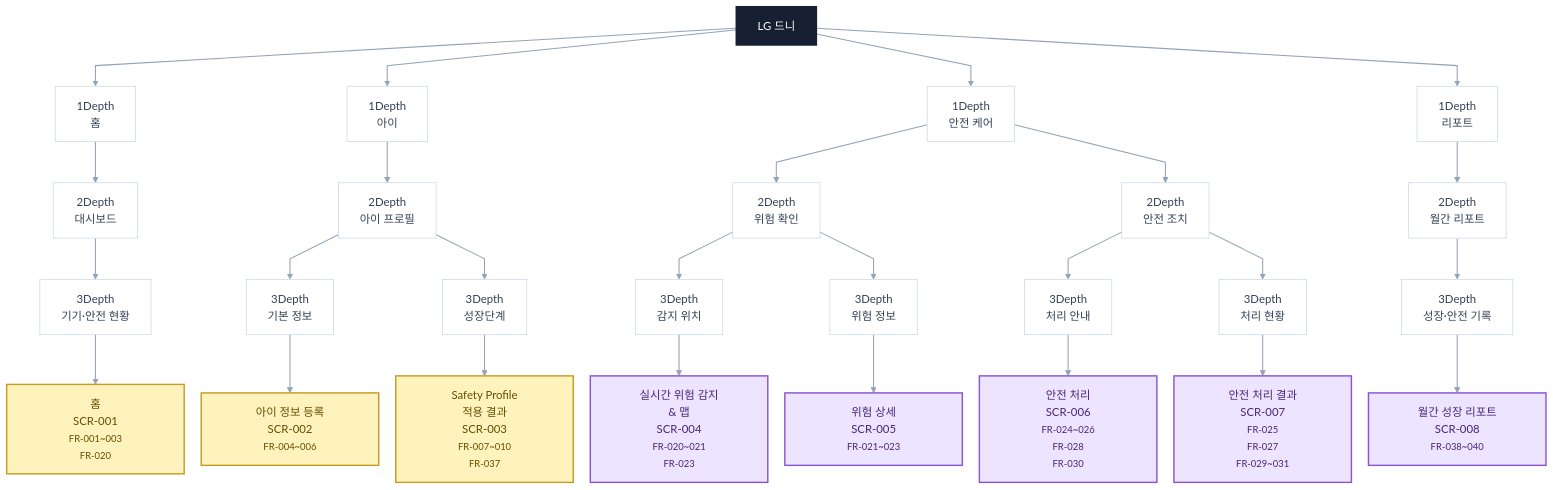
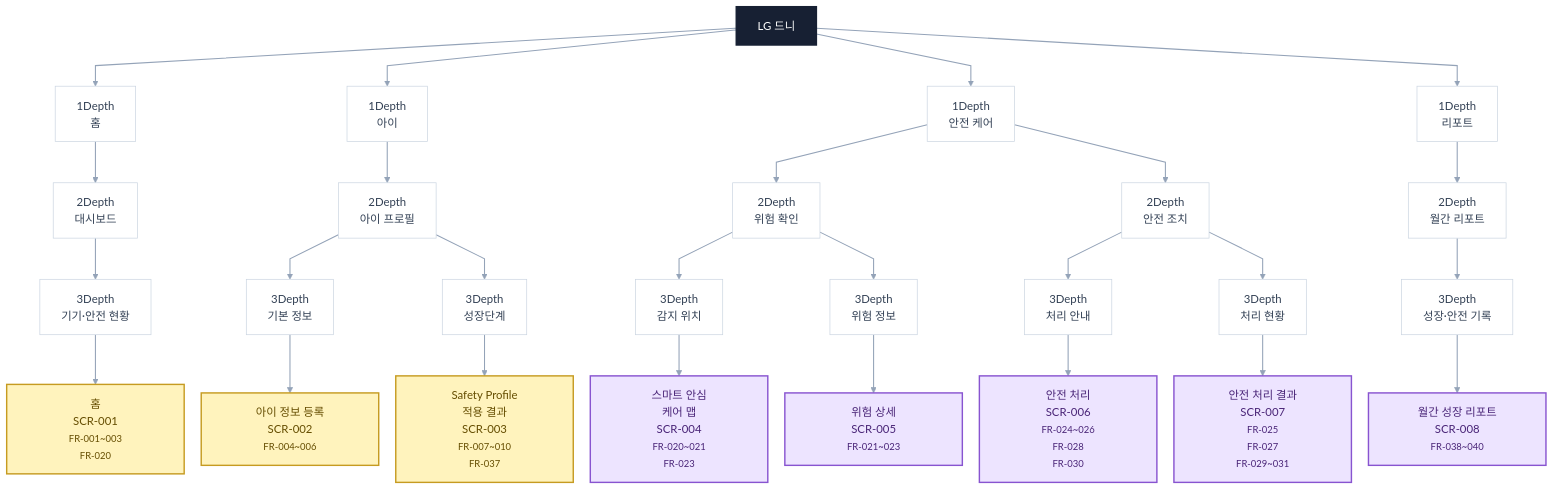
One commit to suim3690-hash/deni changed the diagram in docs/v1/메뉴구조도다이어그램/01_MVP_메뉴구조도.mmd. Above: the diagram before and after it, drawn with Mermaid. The commit also changed 15 other files, not shown here.

First line of the commit message:
Add monthly growth-stage view, safe relocation flow with resume, and sync docs

```diff
--- a/docs/v1/메뉴구조도다이어그램/01_MVP_메뉴구조도.mmd
+++ b/docs/v1/메뉴구조도다이어그램/01_MVP_메뉴구조도.mmd
@@ -1,62 +1,62 @@
 %% Source: docs/메뉴구조도.md | generated from source table
 %% Logical hierarchy: LG 드니 -> 1Depth -> 2Depth -> 3Depth -> 화면
 %% FR label is inside the bottom of each screen node; not an extra menu
 %%{init: {"theme": "base", "themeVariables": {"fontFamily": "Malgun Gothic, sans-serif", "fontSize": "16px", "lineColor": "#94a3b8"}, "flowchart": {"htmlLabels": true, "curve": "linear", "nodeSpacing": 24, "rankSpacing": 58, "useMaxWidth": false}}}%%
 flowchart TB
     ROOT["LG 드니"]:::root
     M1["1Depth<br/>홈"]:::menu
     M2["2Depth<br/>대시보드"]:::menu
     M3["3Depth<br/>기기·안전 현황"]:::menu
     SCR_001["<span style='display:inline-block;min-width:190px;white-space:nowrap'>홈<br/>SCR-001<br/><small>FR-001~003<br/>FR-020</small></span>"]:::base
     M4["1Depth<br/>아이"]:::menu
     M5["2Depth<br/>아이 프로필"]:::menu
     M6["3Depth<br/>기본 정보"]:::menu
     SCR_002["<span style='display:inline-block;min-width:190px;white-space:nowrap'>아이 정보 등록<br/>SCR-002<br/><small>FR-004~006</small></span>"]:::base
     M7["3Depth<br/>성장단계"]:::menu
     SCR_003["<span style='display:inline-block;min-width:190px;white-space:nowrap'>Safety Profile<br/>적용 결과<br/>SCR-003<br/><small>FR-007~010<br/>FR-037</small></span>"]:::base
     M8["1Depth<br/>안전 케어"]:::menu
     M9["2Depth<br/>위험 확인"]:::menu
     M10["3Depth<br/>감지 위치"]:::menu
-    SCR_004["<span style='display:inline-block;min-width:190px;white-space:nowrap'>실시간 위험 감지<br/>&amp; 맵<br/>SCR-004<br/><small>FR-020~021<br/>FR-023</small></span>"]:::core
+    SCR_004["<span style='display:inline-block;min-width:190px;white-space:nowrap'>스마트 안심<br/>케어 맵<br/>SCR-004<br/><small>FR-020~021<br/>FR-023</small></span>"]:::core
     M11["3Depth<br/>위험 정보"]:::menu
     SCR_005["<span style='display:inline-block;min-width:190px;white-space:nowrap'>위험 상세<br/>SCR-005<br/><small>FR-021~023</small></span>"]:::core
     M12["2Depth<br/>안전 조치"]:::menu
     M13["3Depth<br/>처리 안내"]:::menu
     SCR_006["<span style='display:inline-block;min-width:190px;white-space:nowrap'>안전 처리<br/>SCR-006<br/><small>FR-024~026<br/>FR-028<br/>FR-030</small></span>"]:::core
     M14["3Depth<br/>처리 현황"]:::menu
     SCR_007["<span style='display:inline-block;min-width:190px;white-space:nowrap'>안전 처리 결과<br/>SCR-007<br/><small>FR-025<br/>FR-027<br/>FR-029~031</small></span>"]:::core
     M15["1Depth<br/>리포트"]:::menu
     M16["2Depth<br/>월간 리포트"]:::menu
     M17["3Depth<br/>성장·안전 기록"]:::menu
     SCR_008["<span style='display:inline-block;min-width:190px;white-space:nowrap'>월간 성장 리포트<br/>SCR-008<br/><small>FR-038~040</small></span>"]:::core
     ROOT --> M1
     M1 --> M2
     M2 --> M3
     M3 --> SCR_001
     ROOT --> M4
     M4 --> M5
     M5 --> M6
     M6 --> SCR_002
     M5 --> M7
     M7 --> SCR_003
     ROOT --> M8
     M8 --> M9
     M9 --> M10
     M10 --> SCR_004
     M9 --> M11
     M11 --> SCR_005
     M8 --> M12
     M12 --> M13
     M13 --> SCR_006
     M12 --> M14
     M14 --> SCR_007
     ROOT --> M15
     M15 --> M16
     M16 --> M17
     M17 --> SCR_008
     classDef root fill:#172033,stroke:#172033,color:#ffffff,stroke-width:2px;
     classDef menu fill:#ffffff,stroke:#cbd5e1,color:#334155;
     classDef core fill:#ede4ff,stroke:#8854d0,color:#492477,stroke-width:2px;
     classDef base fill:#fff3bd,stroke:#c69b21,color:#654d00,stroke-width:2px;
     classDef later fill:#e8ebef,stroke:#a5adb9,color:#59616e;
     linkStyle default stroke:#94a3b8,stroke-width:1.5px;
```
